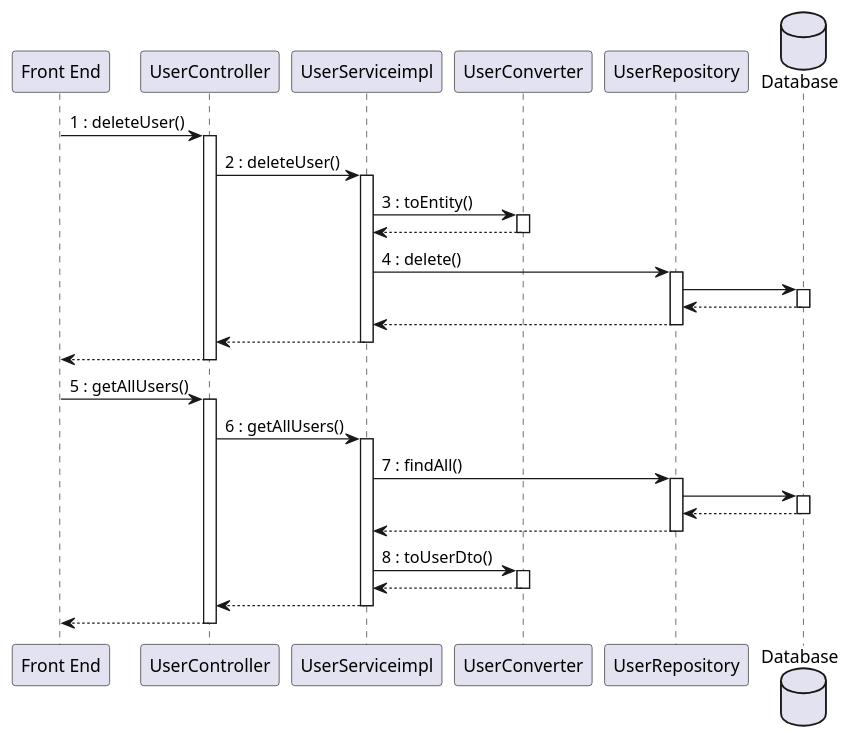
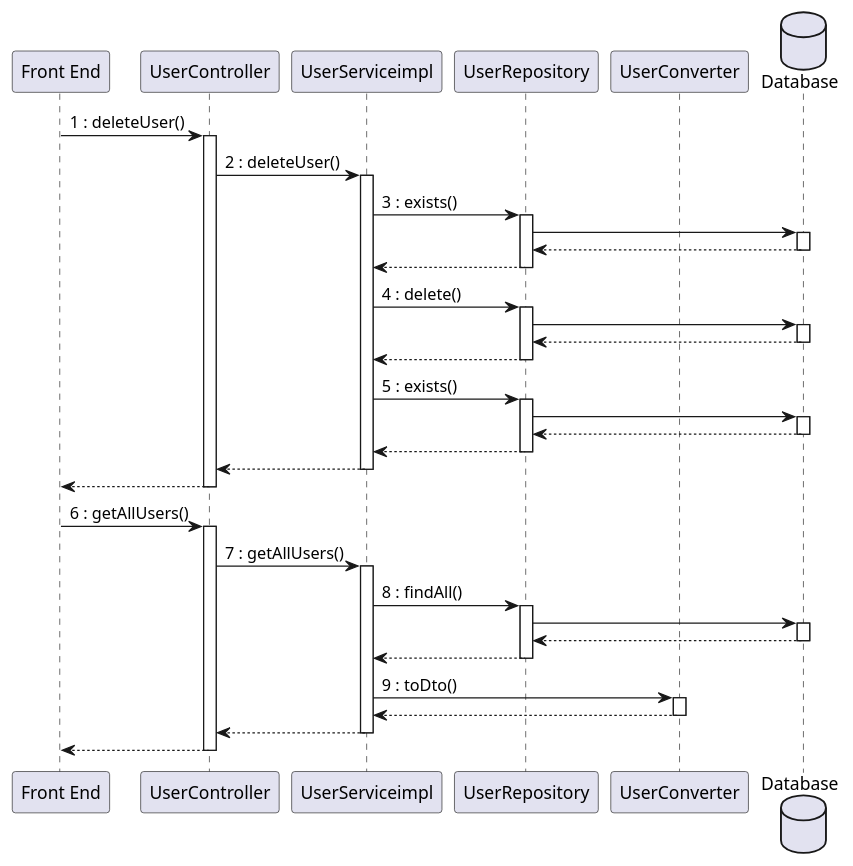
One commit to mosTavassoli/ezgas changed the seventh of 15 diagrams in docs/DesignDocument.md. Above: the diagram before and after it, drawn with PlantUML.

Commit message:
docs(DesignDocument): edit sequence diagram use case 3

````diff
--- a/docs/DesignDocument.md
+++ b/docs/DesignDocument.md
@@ -567,34 +567,43 @@
 ```plantuml
 database Database order 30
 "Front End" -> UserController:1 : deleteUser()
 activate UserController
 UserController -> UserServiceimpl:2 : deleteUser()
 activate UserServiceimpl
-UserServiceimpl -> UserConverter:3 : toEntity()
-activate UserConverter
+UserServiceimpl -> UserRepository:3 : exists()
+activate UserRepository
+UserRepository -> Database
+activate Database
+return
 return
 UserServiceimpl -> UserRepository:4 : delete()
+activate UserRepository
+UserRepository -> Database
+activate Database
+return
+return
+UserServiceimpl -> UserRepository:5 : exists()
 activate UserRepository
 UserRepository -> Database
 activate Database
 return
 return
 return
 return
 
-"Front End" -> UserController:5 : getAllUsers()
+"Front End" -> UserController:6 : getAllUsers()
 activate UserController
-UserController -> UserServiceimpl:6 : getAllUsers()
+UserController -> UserServiceimpl:7 : getAllUsers()
 activate UserServiceimpl
-UserServiceimpl -> UserRepository:7 : findAll()
+UserServiceimpl -> UserRepository:8 : findAll()
 activate UserRepository
 UserRepository -> Database
 activate Database
 return
 return
-UserServiceimpl -> UserConverter:8 : toUserDto()
+UserServiceimpl -> UserConverter:9 : toDto()
 activate UserConverter
 return
 return
 return
 ```
````
